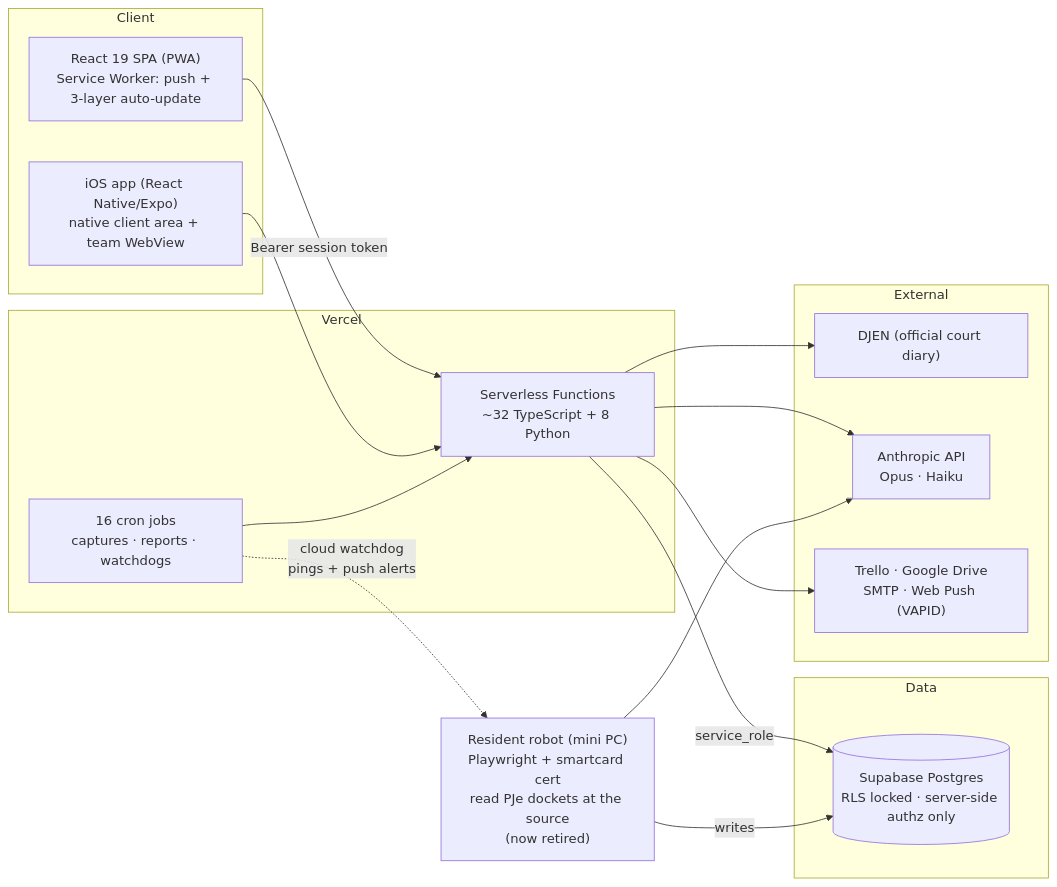
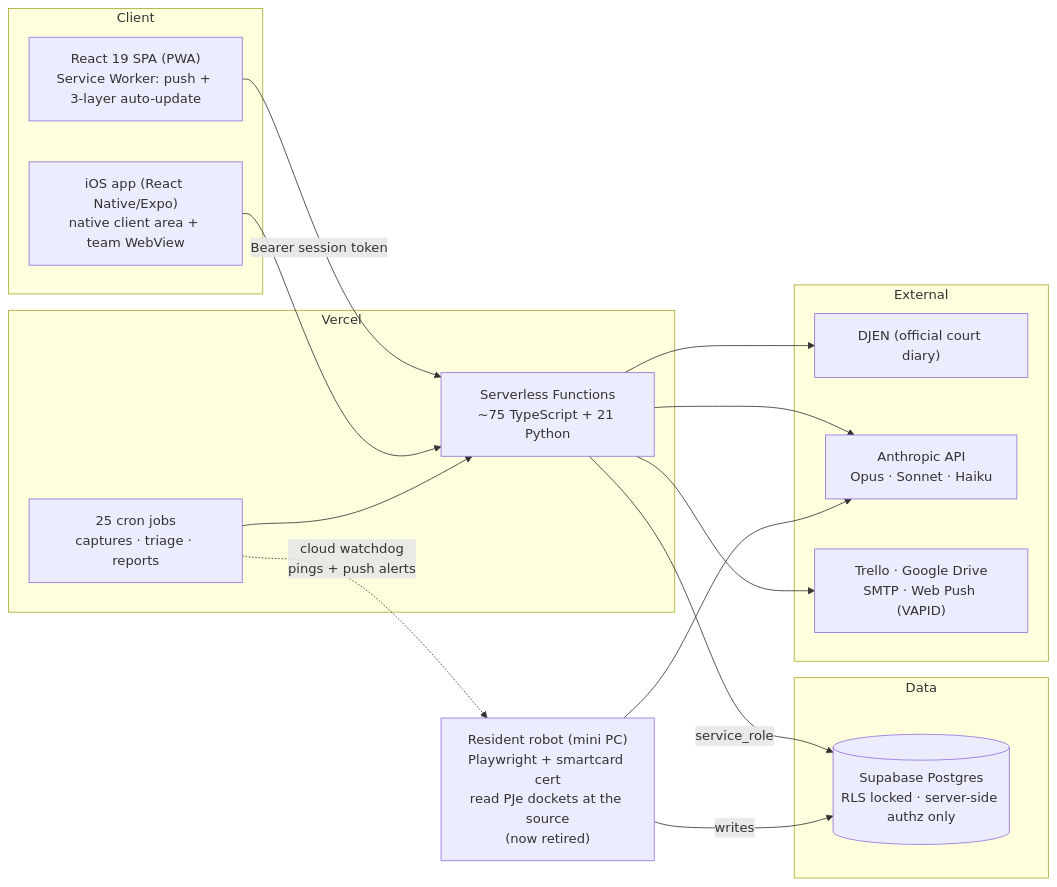
Before and after one commit to jmilheiro73/legal-ops-ai: the first of 2 diagrams in README.en.md, drawn with Mermaid. The commit also changed other lines of this file and 3 other files, not shown here.

````diff
--- a/README.en.md
+++ b/README.en.md
@@ -34,31 +34,31 @@
 ```mermaid
 flowchart LR
     subgraph Client
         SPA["React 19 SPA (PWA)\nService Worker: push + 3-layer auto-update"]
         iOS["iOS app (React Native/Expo)\nnative client area + team WebView"]
     end
     subgraph Vercel
-        FN["Serverless Functions\n~32 TypeScript + 8 Python"]
-        CRON["16 cron jobs\ncaptures · reports · watchdogs"]
+        FN["Serverless Functions\n~75 TypeScript + 21 Python"]
+        CRON["25 cron jobs\ncaptures · triage · reports"]
     end
     subgraph Data
         PG[("Supabase Postgres\nRLS locked · server-side authz only")]
     end
     subgraph External
         DJEN["DJEN (official court diary)"]
-        ANT["Anthropic API\nOpus · Haiku"]
+        ANT["Anthropic API\nOpus · Sonnet · Haiku"]
         MISC["Trello · Google Drive\nSMTP · Web Push (VAPID)"]
     end
     ROBOT["Resident robot (mini PC)\nPlaywright + smartcard cert\nread PJe dockets at the source\n(now retired)"]
 
     SPA -- "Bearer session token" --> FN
     iOS --> FN
     CRON --> FN
     FN -- service_role --> PG
     FN --> DJEN
     FN --> ANT
     FN --> MISC
     ROBOT --> ANT
     ROBOT -- writes --> PG
     CRON -. "cloud watchdog\npings + push alerts" .-> ROBOT
 ```
````
